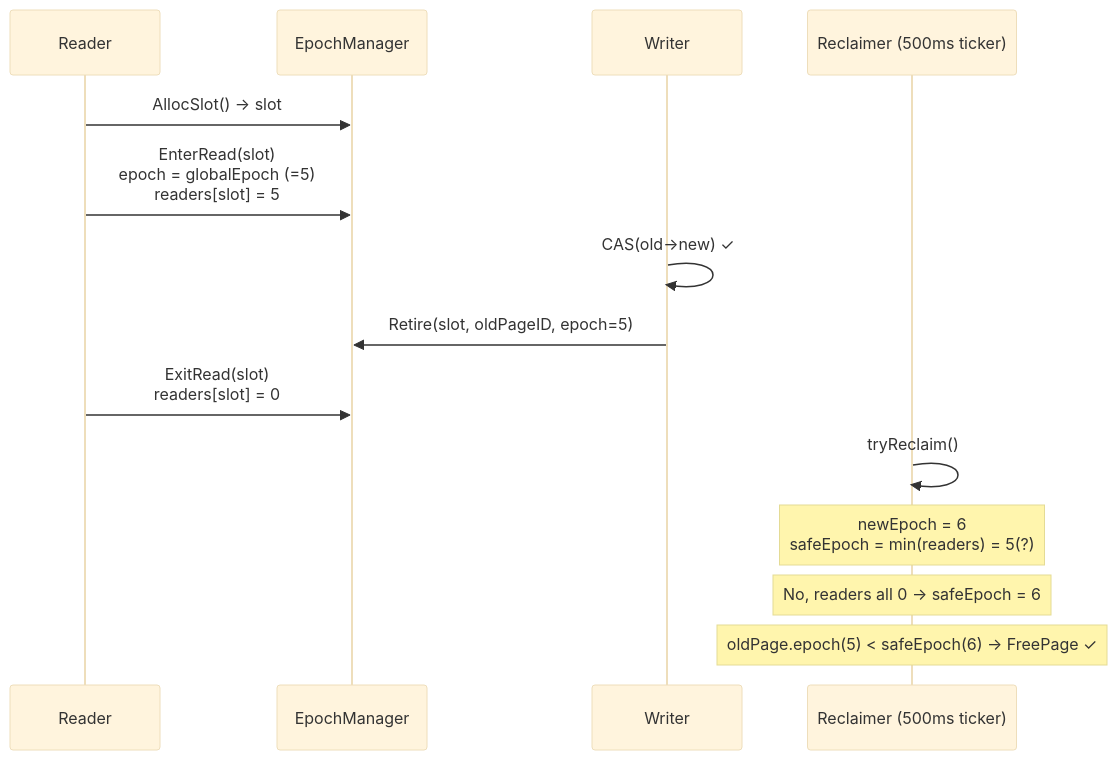
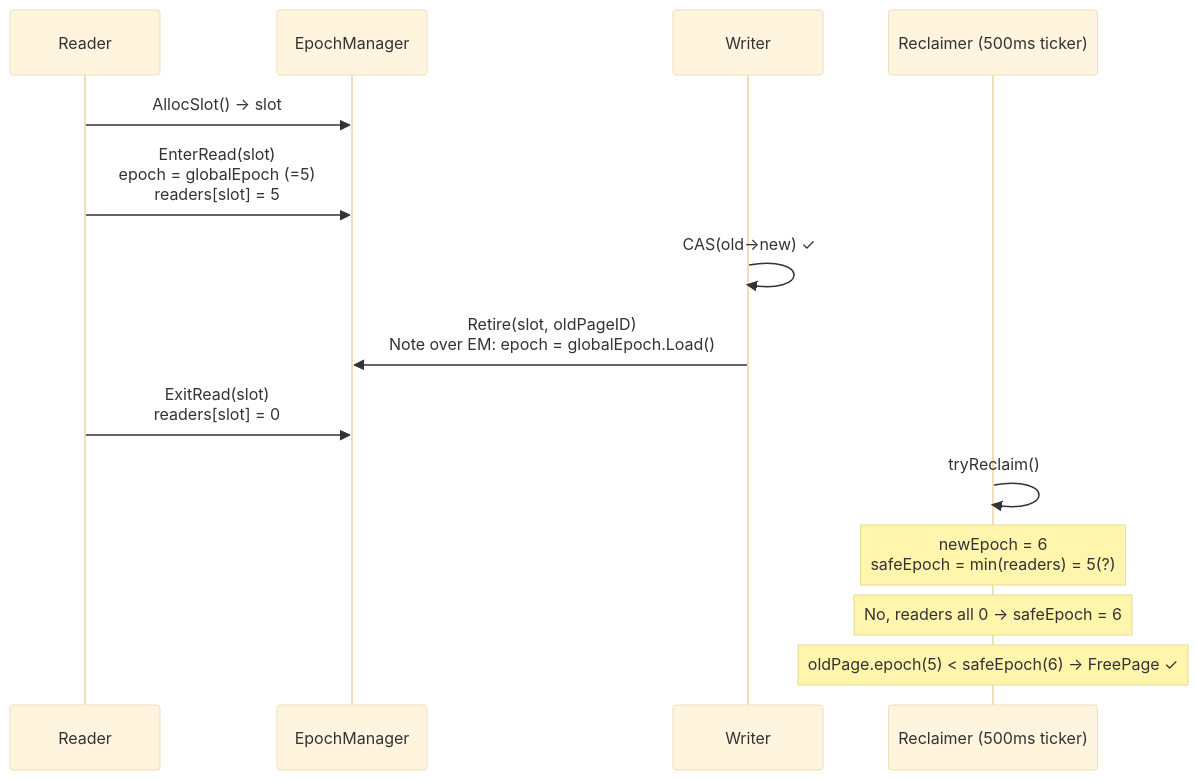
One commit to jzhang405/NexKV changed diagram 34 of 39 in docs/07_spike/btree-refactor/2026-05-23-persistence-architecture-comprehensive-guide.md. Above: the diagram before and after it, drawn with Mermaid (base theme). The commit also changed other lines of this file, not shown here.

````diff
--- a/docs/07_spike/btree-refactor/2026-05-23-persistence-architecture-comprehensive-guide.md
+++ b/docs/07_spike/btree-refactor/2026-05-23-persistence-architecture-comprehensive-guide.md
@@ -1005,20 +1006,20 @@
 ```mermaid
 sequenceDiagram
     participant R4 as Reader
     participant EM as EpochManager
     participant W4 as Writer
     participant BG as Reclaimer (500ms ticker)
     
     R4->>EM: AllocSlot() → slot
     R4->>EM: EnterRead(slot)<br/>epoch = globalEpoch (=5)<br/>readers[slot] = 5
     
     W4->>W4: CAS(old→new) ✓
-    W4->>EM: Retire(slot, oldPageID, epoch=5)
+    W4->>EM: Retire(slot, oldPageID)<br/>Note over EM: epoch = globalEpoch.Load()
     
     R4->>EM: ExitRead(slot)<br/>readers[slot] = 0
     
     BG->>BG: tryReclaim()
     Note over BG: newEpoch = 6<br/>safeEpoch = min(readers) = 5(?)
     Note over BG: No, readers all 0 → safeEpoch = 6
     Note over BG: oldPage.epoch(5) < safeEpoch(6) → FreePage ✓
 ```
````
